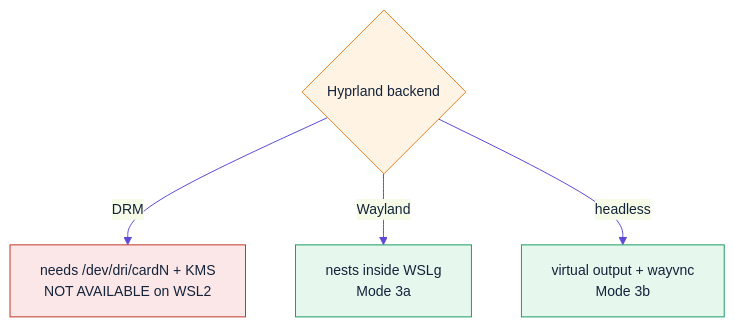
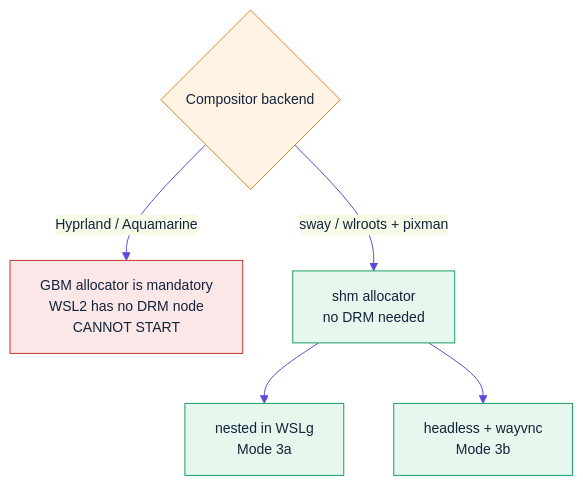
The first of 4 diagrams in docs/03-modes.md (clarenceb/omarchy-wsl2), drawn with Mermaid before and after one commit. The commit also changed other lines of this file and 8 other files, not shown here.

````diff
--- a/docs/03-modes.md
+++ b/docs/03-modes.md
@@ -23,12 +36,14 @@
 ```mermaid
 %%{init: {'theme':'base','themeVariables':{'primaryColor':'#E8F6FB','primaryTextColor':'#13233A','primaryBorderColor':'#2AA6C4','lineColor':'#5B4BD6','fontSize':'14px'}}}%%
 flowchart TD
-    Q{"Hyprland backend"} -->|"DRM"| X["needs /dev/dri/cardN + KMS<br/>NOT AVAILABLE on WSL2"]
-    Q -->|"Wayland"| N["nests inside WSLg<br/>Mode 3a"]
-    Q -->|"headless"| H["virtual output + wayvnc<br/>Mode 3b"]
+    Q{"Compositor backend"} -->|"Hyprland / Aquamarine"| X["GBM allocator is mandatory<br/>WSL2 has no DRM node<br/>CANNOT START"]
+    Q -->|"sway / wlroots + pixman"| N["shm allocator<br/>no DRM needed"]
+    N --> A["nested in WSLg<br/>Mode 3a"]
+    N --> H["headless + wayvnc<br/>Mode 3b"]
 
     style Q fill:#FFF3E4,stroke:#E8842B,color:#13233A
     style X fill:#FBE7E7,stroke:#C0392B,color:#13233A
     style N fill:#E6F7EE,stroke:#1E9E63,color:#13233A
+    style A fill:#E6F7EE,stroke:#1E9E63,color:#13233A
     style H fill:#E6F7EE,stroke:#1E9E63,color:#13233A
 ```
````
